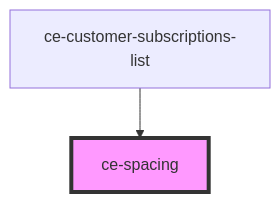
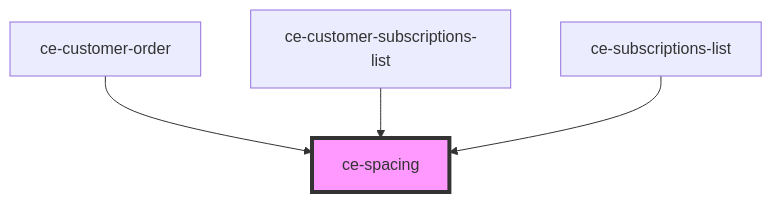
Before and after one commit to surecart/surecart-wp-plugin: the diagram in packages/components/src/components/ui/spacing/readme.md, drawn with Mermaid. The commit also changed other lines of this file and 101 other files, not shown here.

````diff
--- a/packages/components/src/components/ui/spacing/readme.md
+++ b/packages/components/src/components/ui/spacing/readme.md
@@ -15,5 +17,7 @@
 ```mermaid
 graph TD;
+  ce-customer-order --> ce-spacing
   ce-customer-subscriptions-list --> ce-spacing
+  ce-subscriptions-list --> ce-spacing
   style ce-spacing fill:#f9f,stroke:#333,stroke-width:4px
 ```
````
